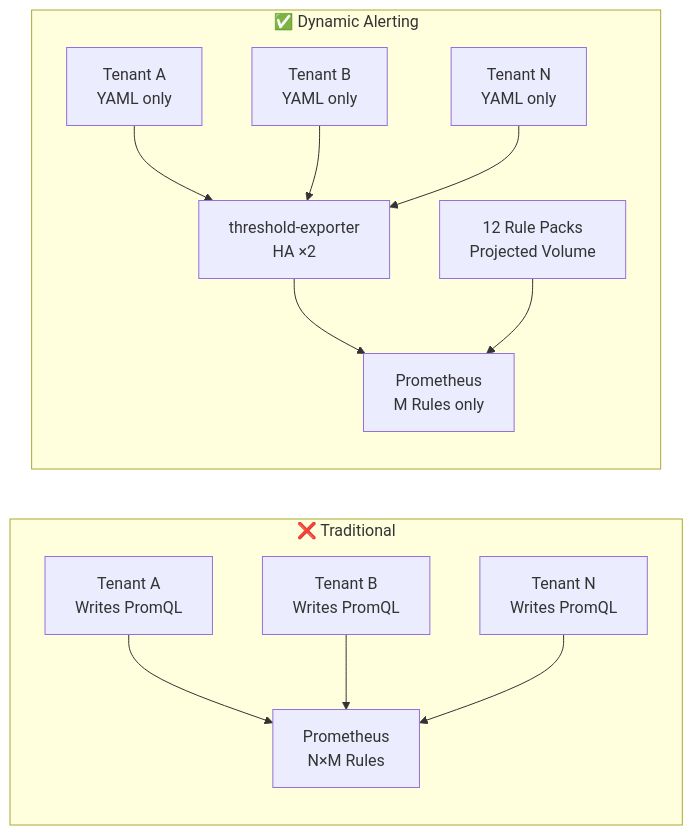
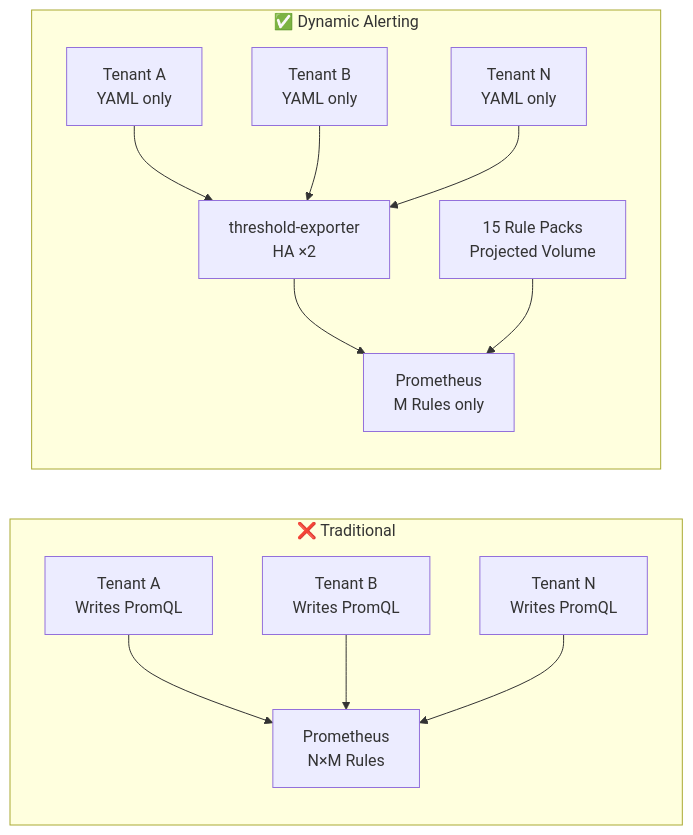
Before and after one commit to vencil/Dynamic-Alerting-Integrations: the first of 3 diagrams in README.en.md, drawn with Mermaid. The commit also changed other lines of this file and 177 other files, not shown here.

````diff
--- a/README.en.md
+++ b/README.en.md
@@ -154,16 +163,16 @@
 ```mermaid
 graph LR
     subgraph "❌ Traditional"
         T1_old[Tenant A<br>Writes PromQL] --> P_old[Prometheus<br>N×M Rules]
         T2_old[Tenant B<br>Writes PromQL] --> P_old
         TN_old[Tenant N<br>Writes PromQL] --> P_old
     end
 
     subgraph "✅ Dynamic Alerting"
         T1_new[Tenant A<br>YAML only] --> TE[threshold-exporter<br>HA ×2]
         T2_new[Tenant B<br>YAML only] --> TE
         TN_new[Tenant N<br>YAML only] --> TE
         TE --> P_new[Prometheus<br>M Rules only]
-        RP[12 Rule Packs<br>Projected Volume] --> P_new
+        RP[15 Rule Packs<br>Projected Volume] --> P_new
     end
 ```
````
